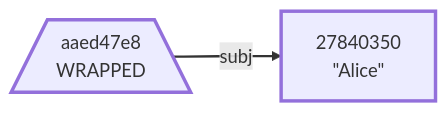
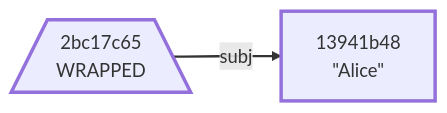
Before and after one commit to BlockchainCommons/WIPs-IETF-draft-envelope: the diagram in images/mermaid/wrapped_envelope_case.mermaid, drawn with Mermaid. The commit also changed 26 other files, not shown here.

```diff
--- a/images/mermaid/wrapped_envelope_case.mermaid
+++ b/images/mermaid/wrapped_envelope_case.mermaid
@@ -1,7 +1,7 @@
 graph LR
-    1[/"aaed47e8<br/>WRAPPED"\]
-    2["27840350<br/>#quot;Alice#quot;"]
+    1[/"2bc17c65<br/>WRAPPED"\]
+    2["13941b48<br/>#quot;Alice#quot;"]
     1 -->|subj| 2
     style 1 stroke-width:3.0px
     style 2 stroke-width:3.0px
     linkStyle 0 stroke-width:2.0px
```
